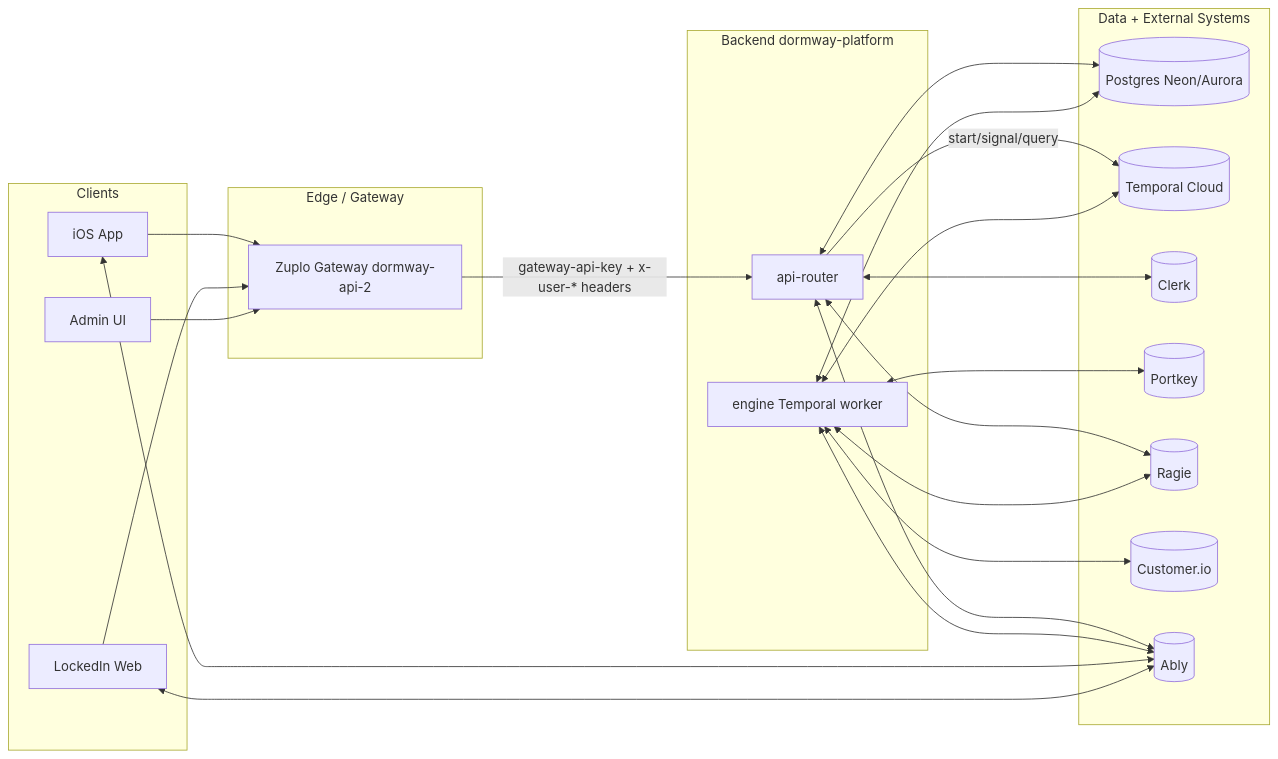
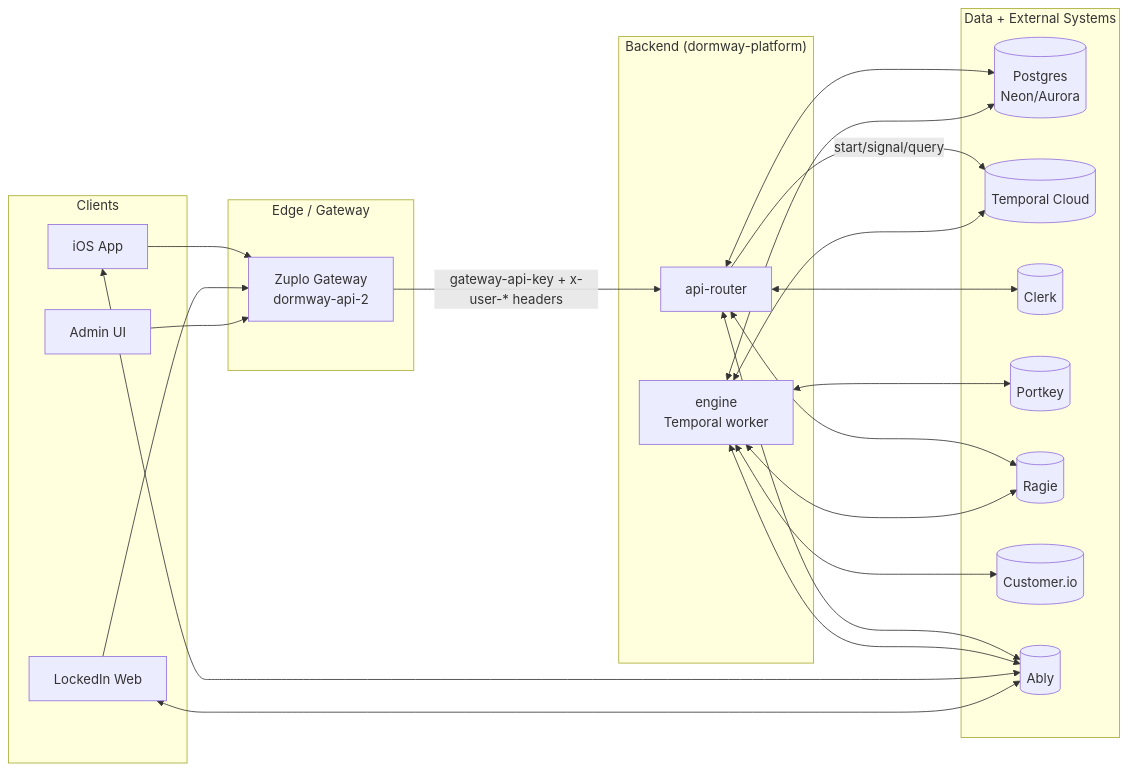
The first of 23 diagrams in docs/engineering/architecture/how-dormway-works.mdx (DormWay/mintlify-docs), drawn with Mermaid before and after one commit. The commit also changed other lines of this file and 26 other files, not shown here.

````diff
--- a/docs/engineering/architecture/how-dormway-works.mdx
+++ b/docs/engineering/architecture/how-dormway-works.mdx
@@ -53,49 +53,49 @@
 ```mermaid
 flowchart LR
   subgraph Clients
     IOS[iOS App]
     Web[LockedIn Web]
     Admin[Admin UI]
   end
 
   subgraph Edge["Edge / Gateway"]
-    Zuplo["Zuplo Gateway dormway-api-2"]
+    Zuplo[Zuplo Gateway<br/>dormway-api-2]
   end
 
-  subgraph Backend["Backend dormway-platform"]
+  subgraph Backend["Backend (dormway-platform)"]
     APIRouter[api-router]
-    Engine["engine Temporal worker"]
+    Engine[engine<br/>Temporal worker]
   end
 
   subgraph Data["Data + External Systems"]
-    PG[("Postgres Neon/Aurora")]
+    PG[(Postgres<br/>Neon/Aurora)]
     Temporal[(Temporal Cloud)]
     Clerk[(Clerk)]
     Portkey[(Portkey)]
     Ragie[(Ragie)]
     CIO[(Customer.io)]
     Ably[(Ably)]
   end
 
   IOS --> Zuplo
   Web --> Zuplo
   Admin --> Zuplo
 
   Zuplo -->|gateway-api-key + x-user-* headers| APIRouter
 
   APIRouter <--> PG
   APIRouter <--> Clerk
   APIRouter <--> Ragie
   APIRouter <--> Ably
-  APIRouter -->|"start/signal/query"| Temporal
+  APIRouter -->|start/signal/query| Temporal
 
   Engine <--> Temporal
   Engine <--> PG
   Engine <--> Portkey
   Engine <--> Ragie
   Engine <--> CIO
   Engine <--> Ably
 
   IOS <--> Ably
   Web <--> Ably
 ```
````
